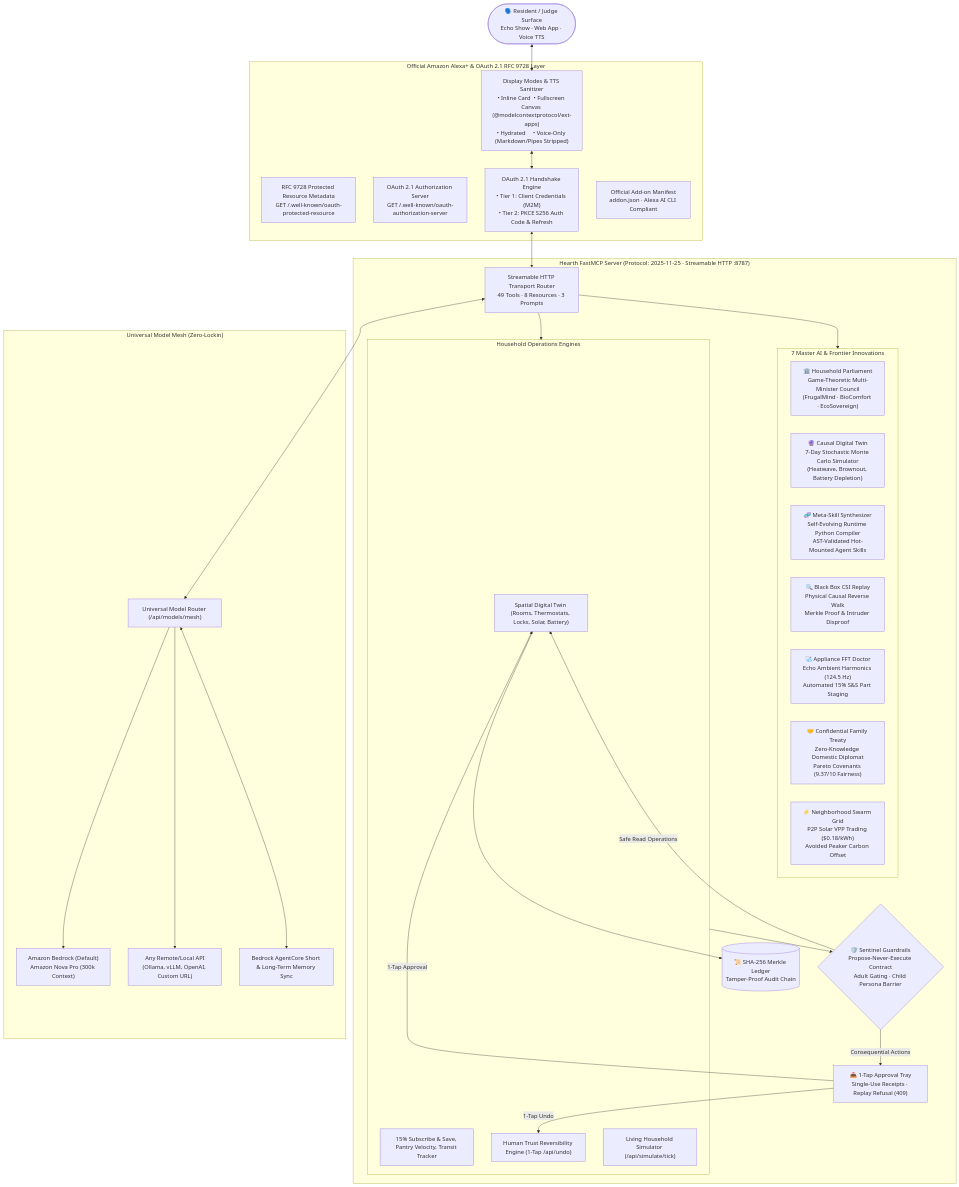
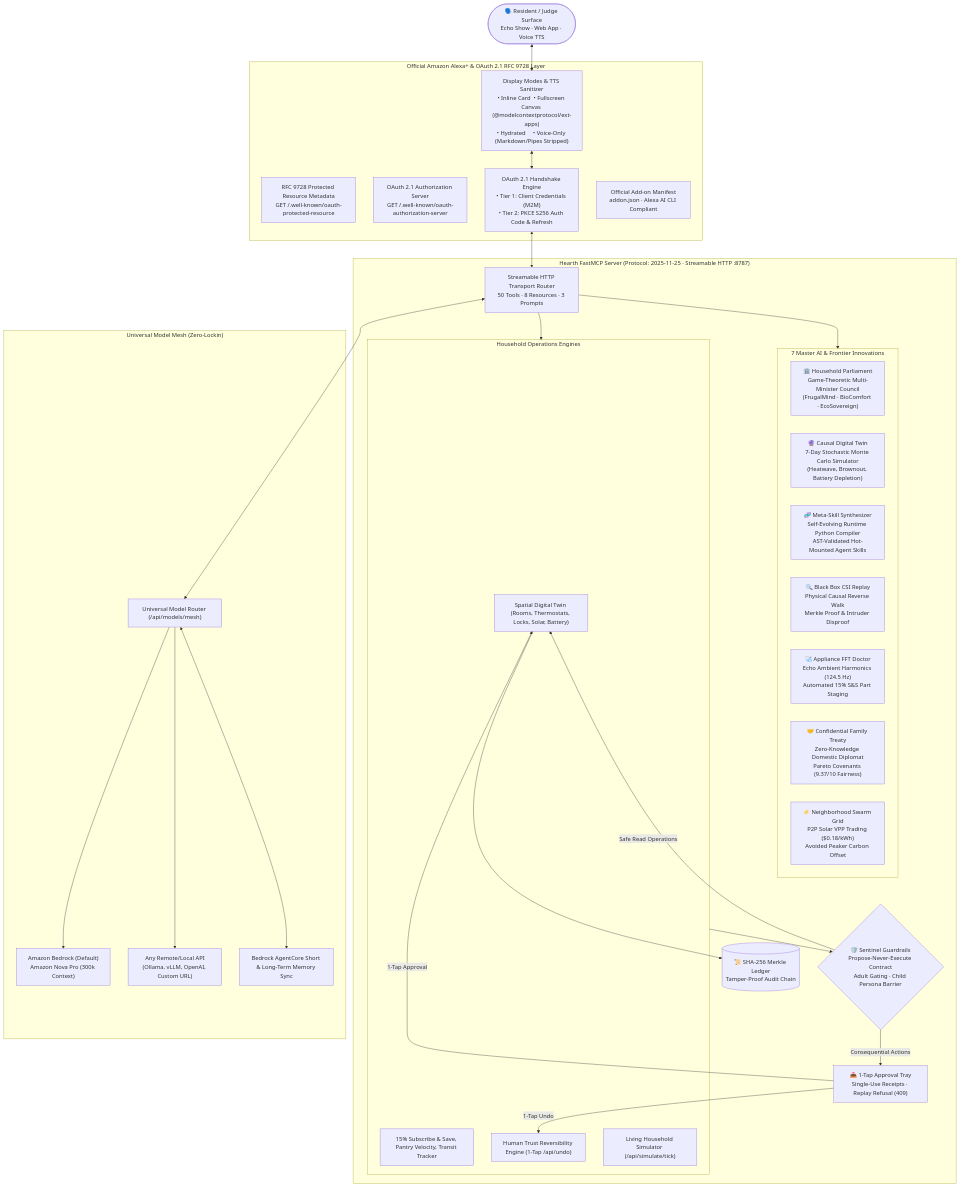
One commit to krishivjoshi219-collab/Hearth-Universal changed the first of 2 diagrams in README.md. Above: the diagram before and after it, drawn with Mermaid. The commit also changed other lines of this file and 9 other files, not shown here.

````diff
--- a/README.md
+++ b/README.md
@@ -87,60 +87,60 @@
 ```mermaid
 flowchart TD
     User(["🗣️ Resident / Judge Surface\nEcho Show · Web App · Voice TTS"])
 
     subgraph AlexaPlus_Layer ["Official Amazon Alexa+ & OAuth 2.1 RFC 9728 Layer"]
         PRM["RFC 9728 Protected Resource Metadata\nGET /.well-known/oauth-protected-resource"]
         OAuthAS["OAuth 2.1 Authorization Server\nGET /.well-known/oauth-authorization-server"]
         AuthHandler["OAuth 2.1 Handshake Engine\n• Tier 1: Client Credentials (M2M)\n• Tier 2: PKCE S256 Auth Code & Refresh"]
         Manifest["Official Add-on Manifest\naddon.json · Alexa AI CLI Compliant"]
         DisplayEng["Display Modes & TTS Sanitizer\n• Inline Card  • Fullscreen Canvas (@modelcontextprotocol/ext-apps)\n• Hydrated     • Voice-Only (Markdown/Pipes Stripped)"]
     end
 
     subgraph FastMCP_Core ["Hearth FastMCP Server (Protocol: 2025-11-25 · Streamable HTTP :8787)"]
-        StreamRouter["Streamable HTTP Transport Router\n49 Tools · 8 Resources · 3 Prompts"]
+        StreamRouter["Streamable HTTP Transport Router\n50 Tools · 8 Resources · 3 Prompts"]
         
         subgraph Master_Innovations ["7 Master AI & Frontier Innovations"]
             Parliament["🏛️ Household Parliament\nGame-Theoretic Multi-Minister Council\n(FrugalMind · BioComfort · EcoSovereign)"]
             CausalTwin["🔮 Causal Digital Twin\n7-Day Stochastic Monte Carlo Simulator\n(Heatwave, Brownout, Battery Depletion)"]
             MetaSkill["🧬 Meta-Skill Synthesizer\nSelf-Evolving Runtime Python Compiler\nAST-Validated Hot-Mounted Agent Skills"]
             Forensics["🔍 Black Box CSI Replay\nPhysical Causal Reverse Walk\nMerkle Proof & Intruder Disproof"]
             Acoustic["🩺 Appliance FFT Doctor\nEcho Ambient Harmonics (124.5 Hz)\nAutomated 15% S&S Part Staging"]
             Mediation["🤝 Confidential Family Treaty\nZero-Knowledge Domestic Diplomat\nPareto Covenants (9.37/10 Fairness)"]
             Swarm["⚡ Neighborhood Swarm Grid\nP2P Solar VPP Trading ($0.18/kWh)\nAvoided Peaker Carbon Offset"]
         end
 
         subgraph Core_Subsystems ["Household Operations Engines"]
             DigitalTwin["Spatial Digital Twin (Rooms, Thermostats, Locks, Solar, Battery)"]
             CommerceEngine["15% Subscribe & Save, Pantry Velocity, Transit Tracker"]
             UndoEngine["Human Trust Reversibility Engine (1-Tap /api/undo)"]
             LivingSim["Living Household Simulator (/api/simulate/tick)"]
         end
 
         Sentinel{"🛡️ Sentinel Guardrails\nPropose-Never-Execute Contract\nAdult Gating · Child Persona Barrier"}
         ApprovalTray["📥 1-Tap Approval Tray\nSingle-Use Receipts · Replay Refusal (409)"]
         MerkleLedger[("📜 SHA-256 Merkle Ledger\nTamper-Proof Audit Chain")]
     end
 
     subgraph Model_Mesh ["Universal Model Mesh (Zero-Lockin)"]
         MeshRouter["Universal Model Router (/api/models/mesh)"]
         Bedrock["Amazon Bedrock (Default)\nAmazon Nova Pro (300k Context)"]
         CustomAPIs["Any Remote/Local API\n(Ollama, vLLM, OpenAI, Custom URL)"]
         AgentCore["Bedrock AgentCore Short & Long-Term Memory Sync"]
     end
 
     User <--> DisplayEng
     DisplayEng <--> AuthHandler
     AuthHandler <--> StreamRouter
     StreamRouter --> Master_Innovations
     StreamRouter --> Core_Subsystems
     Core_Subsystems --> Sentinel
     Sentinel -->|Safe Read Operations| DigitalTwin
     Sentinel -->|Consequential Actions| ApprovalTray
     ApprovalTray -->|1-Tap Approval| DigitalTwin
     ApprovalTray -->|1-Tap Undo| UndoEngine
     DigitalTwin --> MerkleLedger
     StreamRouter <--> MeshRouter
     MeshRouter --> Bedrock
     MeshRouter --> CustomAPIs
     MeshRouter <--> AgentCore
 ```
````
